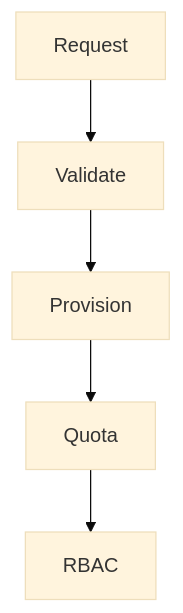
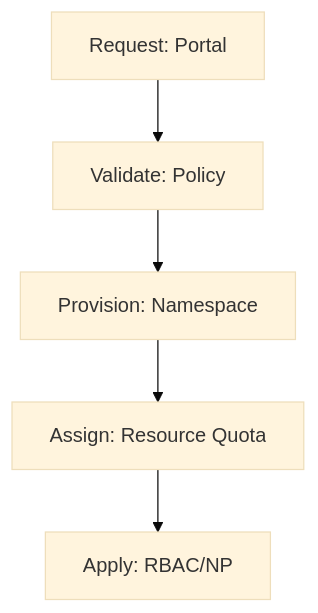
Before and after one commit to Devopstrio/hybrid-kubernetes-pattern: the sixth of 30 diagrams in README.md, drawn with Mermaid (base theme). The commit also changed other lines of this file, not shown here.

Commit message:
docs: finalize premium institutional-grade README with 30+ diagrams and executive summary

````diff
--- a/README.md
+++ b/README.md
@@ -82,7 +121,7 @@
 ```mermaid
 graph TD
-    R[Request] --> V[Validate]
-    V --> P[Provision]
-    P --> Q[Quota]
-    Q --> B[RBAC]
+    R[Request: Portal] --> V[Validate: Policy]
+    V --> P[Provision: Namespace]
+    P --> Q[Assign: Resource Quota]
+    Q --> B[Apply: RBAC/NP]
 ```
````
